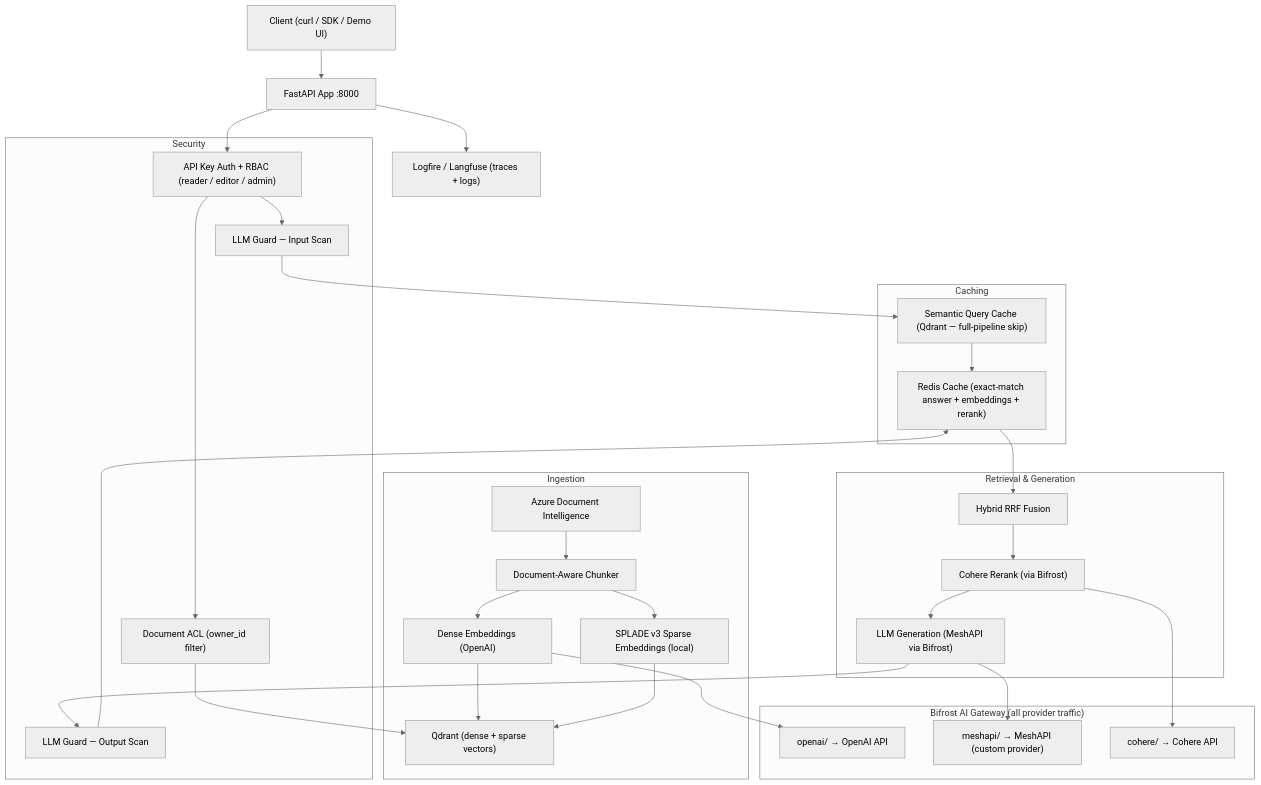
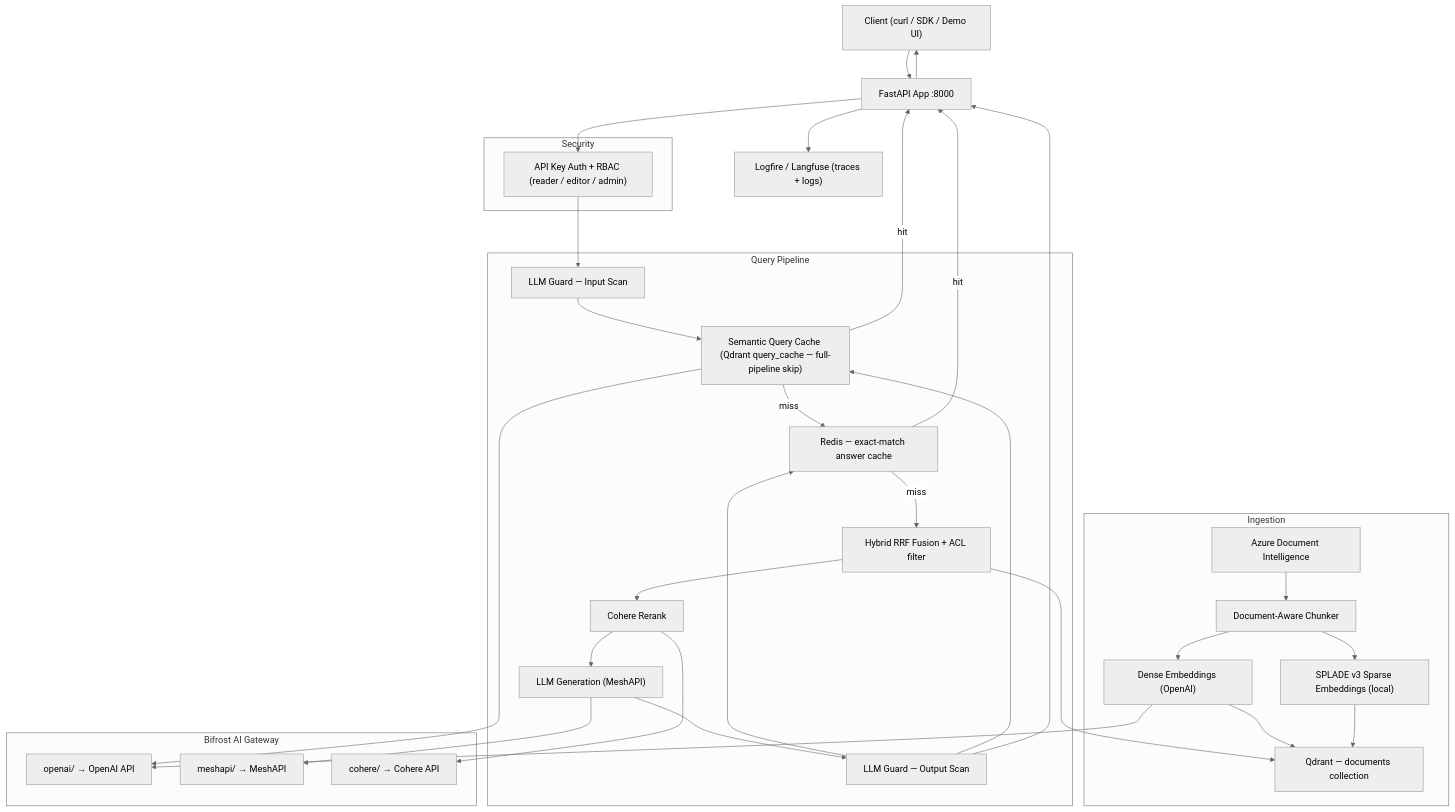
The diagram in README.md (Murtuzasaifee/RAG-Hackathon), drawn with Mermaid (neutral theme) before and after one commit.

Commit message:
docs: fix architecture diagram — add semantic cache embed path, response flows, correct GuardOut edges

````diff
--- a/README.md
+++ b/README.md
@@ -11,55 +11,59 @@
 ```mermaid
 graph TB
     Client["Client (curl / SDK / Demo UI)"]
     App["FastAPI App :8000"]
     Logfire["Logfire / Langfuse (traces + logs)"]
 
     subgraph Ingestion
         ADI["Azure Document Intelligence"]
         Chunker["Document-Aware Chunker"]
         DenseEmb["Dense Embeddings (OpenAI)"]
         SparseEmb["SPLADE v3 Sparse Embeddings (local)"]
-        Qdrant["Qdrant (dense + sparse vectors)"]
+        QdrantDocs["Qdrant — documents collection"]
     end
 
-    subgraph Retrieval & Generation
-        Hybrid["Hybrid RRF Fusion"]
-        Reranker["Cohere Rerank (via Bifrost)"]
-        Generator["LLM Generation (MeshAPI via Bifrost)"]
+    subgraph Query Pipeline
+        GuardIn["LLM Guard — Input Scan"]
+        SemanticCache["Semantic Query Cache (Qdrant query_cache — full-pipeline skip)"]
+        Redis["Redis — exact-match answer cache"]
+        Hybrid["Hybrid RRF Fusion + ACL filter"]
+        Reranker["Cohere Rerank"]
+        Generator["LLM Generation (MeshAPI)"]
+        GuardOut["LLM Guard — Output Scan"]
     end
 
     subgraph Security
         Auth["API Key Auth + RBAC (reader / editor / admin)"]
-        ACL["Document ACL (owner_id filter)"]
-        GuardIn["LLM Guard — Input Scan"]
-        GuardOut["LLM Guard — Output Scan"]
     end
 
-    subgraph Caching
-        SemanticCache["Semantic Query Cache (Qdrant — full-pipeline skip)"]
-        Redis["Redis Cache (exact-match answer + embeddings + rerank)"]
-    end
-
-    subgraph Bifrost["Bifrost AI Gateway (all provider traffic)"]
+    subgraph Bifrost["Bifrost AI Gateway"]
         BifrostOpenAI["openai/ → OpenAI API"]
-        BifrostMeshAPI["meshapi/ → MeshAPI (custom provider)"]
+        BifrostMeshAPI["meshapi/ → MeshAPI"]
         BifrostCohere["cohere/ → Cohere API"]
     end
 
     Client --> App
     App --> Auth
     Auth --> GuardIn
-    Auth --> ACL
     GuardIn --> SemanticCache
-    SemanticCache --> Redis
-    Redis --> Hybrid
-    ADI --> Chunker --> DenseEmb --> Qdrant
-    Chunker --> SparseEmb --> Qdrant
+    SemanticCache -->|"miss"| Redis
+    Redis -->|"miss"| Hybrid
     Hybrid --> Reranker --> Generator --> GuardOut
     GuardOut --> Redis
+    GuardOut --> SemanticCache
+    SemanticCache -->|"hit"| App
+    Redis -->|"hit"| App
+    GuardOut --> App
+    App --> Client
+
+    ADI --> Chunker --> DenseEmb --> QdrantDocs
+    Chunker --> SparseEmb --> QdrantDocs
+    Hybrid --> QdrantDocs
+
+    SemanticCache --> BifrostOpenAI
     DenseEmb --> BifrostOpenAI
     Reranker --> BifrostCohere
     Generator --> BifrostMeshAPI
-    ACL --> Qdrant
+
     App --> Logfire
   ```
````
